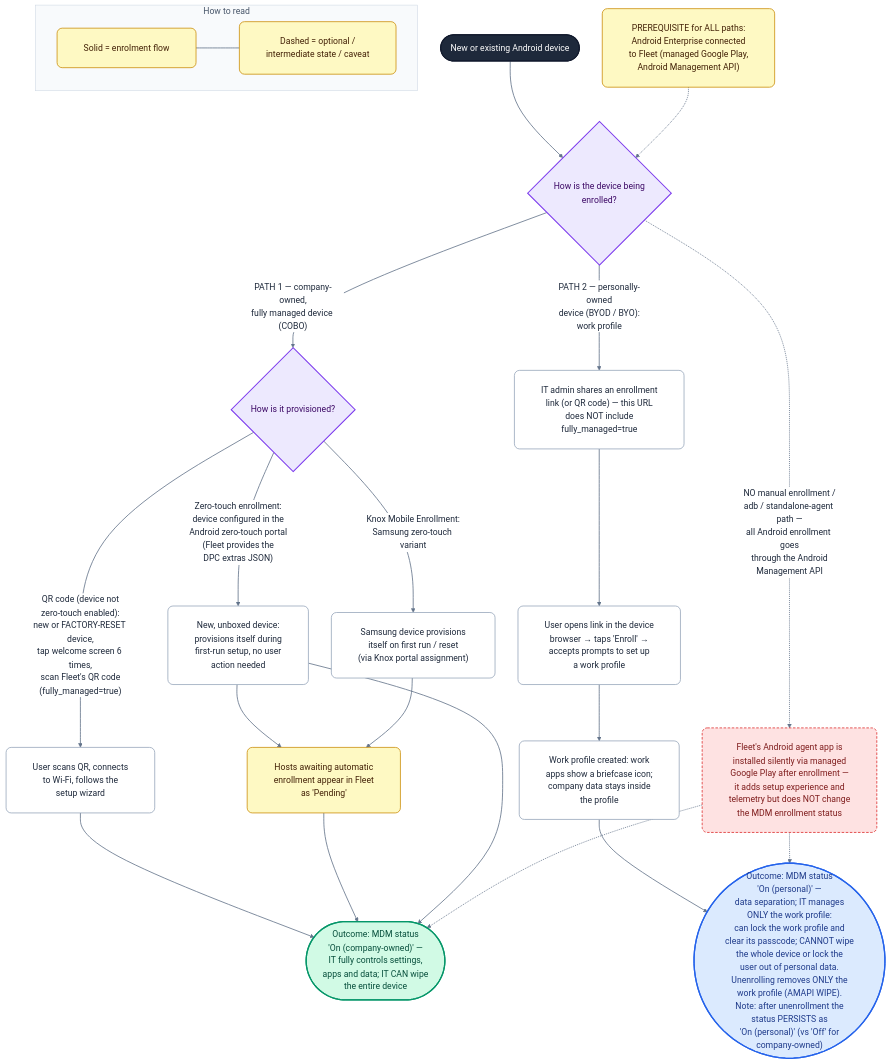
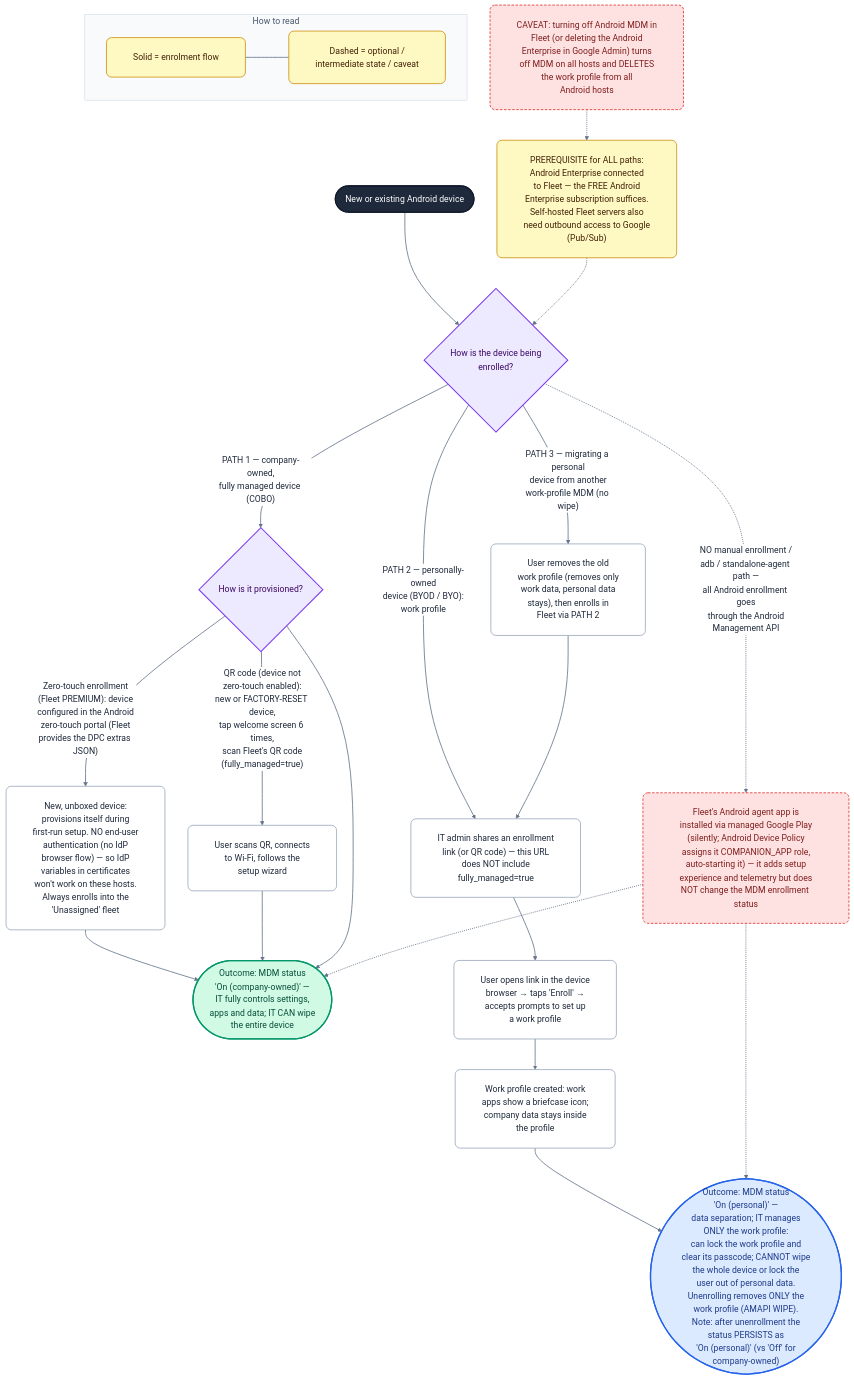
The diagram in android.md (GrayW/flowcharts), drawn with Mermaid before and after one commit.

Commit message:
Update android.md
Multiple refinements to possible paths

````diff
--- a/android.md
+++ b/android.md
@@ -1,72 +1,77 @@
 ```mermaid
 %%{init: {
   'theme': 'base',
   'themeVariables': {
     'fontFamily': 'Helvetica, Arial, sans-serif',
     'fontSize': '17px',
     'primaryColor': '#ffffff',
     'primaryTextColor': '#1e293b',
     'primaryBorderColor': '#94a3b8',
     'lineColor': '#64748b',
     'clusterBkg': '#f8fafc',
     'clusterBorder': '#cbd5e1',
     'edgeLabelBackground': '#ffffff'
   },
   'flowchart': { 'curve': 'basis', 'nodeSpacing': 45, 'rankSpacing': 60, 'padding': 26, 'wrappingWidth': 300, 'htmlLabels': true }
 }}%%
 flowchart TD
   START(["New or existing Android device"]) --> Q1{"How is the device being<br/>enrolled?"}
 
-  REQ["PREREQUISITE for ALL paths:<br/>Android Enterprise connected<br/>to Fleet (managed Google Play,<br/>Android Management API)"]
+  REQ["PREREQUISITE for ALL paths:<br/>Android Enterprise connected<br/>to Fleet — the FREE Android<br/>Enterprise subscription suffices.<br/>Self-hosted Fleet servers also<br/>need outbound access to Google<br/>(Pub/Sub)"]
 
   %% ---- PATH 1: fully managed (COBO) ----
   Q1 -->|"PATH 1 — company-owned,<br/>fully managed device (COBO)"| COBO{"How is it provisioned?"}
-  COBO -->|"Zero-touch enrollment:<br/>device configured in the<br/>Android zero-touch portal<br/>(Fleet provides the<br/>DPC extras JSON)"| ZT["New, unboxed device:<br/>provisions itself during<br/>first-run setup, no user<br/>action needed"]
+  COBO -->|"Zero-touch enrollment<br/>(Fleet PREMIUM): device<br/>configured in the Android<br/>zero-touch portal (Fleet<br/>provides the DPC extras JSON)"| ZT["New, unboxed device:<br/>provisions itself during<br/>first-run setup. NO end-user<br/>authentication (no IdP<br/>browser flow) — so IdP<br/>variables in certificates<br/>won't work on these hosts.<br/>Always enrolls into the<br/>'Unassigned' fleet"]
   COBO -->|"QR code (device not<br/>zero-touch enabled):<br/>new or FACTORY-RESET device,<br/>tap welcome screen 6 times,<br/>scan Fleet's QR code<br/>(fully_managed=true)"| QR["User scans QR, connects<br/>to Wi-Fi, follows the<br/>setup wizard"]
-  COBO -->|"Knox Mobile Enrollment:<br/>Samsung zero-touch variant"| KNOX["Samsung device provisions<br/>itself on first run / reset<br/>(via Knox portal assignment)"]
-  ZT --> PENDING["Hosts awaiting automatic<br/>enrollment appear in Fleet<br/>as 'Pending'"]
+  ZT --> COBOOUT
   QR --> COBOOUT
-  KNOX --> PENDING
-  PENDING --> COBOOUT(["Outcome: MDM status<br/>'On (company-owned)' —<br/>IT fully controls settings,<br/>apps and data; IT CAN wipe<br/>the entire device"])
-  ZT --> COBOOUT
+  COBO --> COBOOUT(["Outcome: MDM status<br/>'On (company-owned)' —<br/>IT fully controls settings,<br/>apps and data; IT CAN wipe<br/>the entire device"])
 
   %% ---- PATH 2: work profile (BYOD) ----
   Q1 -->|"PATH 2 — personally-owned<br/>device (BYOD / BYO):<br/>work profile"| WP["IT admin shares an enrollment<br/>link (or QR code) — this URL<br/>does NOT include<br/>fully_managed=true"]
   WP --> WP2["User opens link in the device<br/>browser → taps 'Enroll' →<br/>accepts prompts to set up<br/>a work profile"]
   WP2 --> WP3["Work profile created: work<br/>apps show a briefcase icon;<br/>company data stays inside<br/>the profile"]
   WP3 --> WPOUT(["Outcome: MDM status<br/>'On (personal)' —<br/>data separation; IT manages<br/>ONLY the work profile:<br/>can lock the work profile and<br/>clear its passcode; CANNOT wipe<br/>the whole device or lock the<br/>user out of personal data.<br/>Unenrolling removes ONLY the<br/>work profile (AMAPI WIPE).<br/>Note: after unenrollment the<br/>status PERSISTS as<br/>'On (personal)' (vs 'Off' for<br/>company-owned)"])
 
+  %% ---- PATH 3: BYOD migration ----
+  Q1 -->|"PATH 3 — migrating a personal<br/>device from another<br/>work-profile MDM (no wipe)"| AMIG["User removes the old<br/>work profile (removes only<br/>work data, personal data<br/>stays), then enrolls in<br/>Fleet via PATH 2"]
+  AMIG --> WP
+
   %% ---- Agent note ----
-  AGENT["Fleet's Android agent app is<br/>installed silently via managed<br/>Google Play after enrollment —<br/>it adds setup experience and<br/>telemetry but does NOT change<br/>the MDM enrollment status"]
+  AGENT["Fleet's Android agent app is<br/>installed via managed Google Play<br/>(silently; Android Device Policy<br/>assigns it COMPANION_APP role,<br/>auto-starting it) — it adds setup<br/>experience and telemetry but does<br/>NOT change the MDM enrollment status"]
   AGENT -.-> COBOOUT
   AGENT -.-> WPOUT
+
+  %% ---- Global caveat ----
+  DESTR["CAVEAT: turning off Android MDM in<br/>Fleet (or deleting the Android<br/>Enterprise in Google Admin) turns<br/>off MDM on all hosts and DELETES<br/>the work profile from all<br/>Android hosts"]
+  DESTR -.-> REQ
 
   REQ -.-> Q1
 
   %% ---- No agent-based enrollment ----
   Q1 -.->|"NO manual enrollment /<br/>adb / standalone-agent path —<br/>all Android enrollment goes<br/>through the Android<br/>Management API"| AGENT
 
   %% Legend
   subgraph LEGEND["How to read"]
     L1["Solid = enrolment flow"] --- L2["Dashed = optional /<br/>intermediate state / caveat"]
   end
 
   classDef default fill:#ffffff,stroke:#94a3b8,stroke-width:1.5px,color:#1e293b,rx:10,ry:10
   classDef start fill:#1e293b,stroke:#0f172a,stroke-width:2px,color:#ffffff
   classDef decision fill:#ede9fe,stroke:#7c3aed,stroke-width:2px,color:#3b0764
   classDef pending fill:#fef9c3,stroke:#ca8a04,stroke-width:1.5px,color:#422006
   classDef full fill:#d1fae5,stroke:#059669,stroke-width:2.5px,color:#064e3b
   classDef byod fill:#dbeafe,stroke:#2563eb,stroke-width:2.5px,color:#1e3a8a
   classDef warn fill:#fee2e2,stroke:#dc2626,stroke-width:1.5px,color:#7f1d1d,stroke-dasharray:5 3
 
   class START start
   class Q1,COBO decision
-  class PENDING,REQ pending
+  class REQ pending
   class COBOOUT full
   class WPOUT byod
-  class AGENT warn
+  class AGENT,DESTR warn
   class L1,L2 pending
 
   linkStyle default stroke:#64748b,stroke-width:1.6px
   style LEGEND fill:#f8fafc,stroke:#cbd5e1,stroke-width:1px,color:#475569
   ```
````
